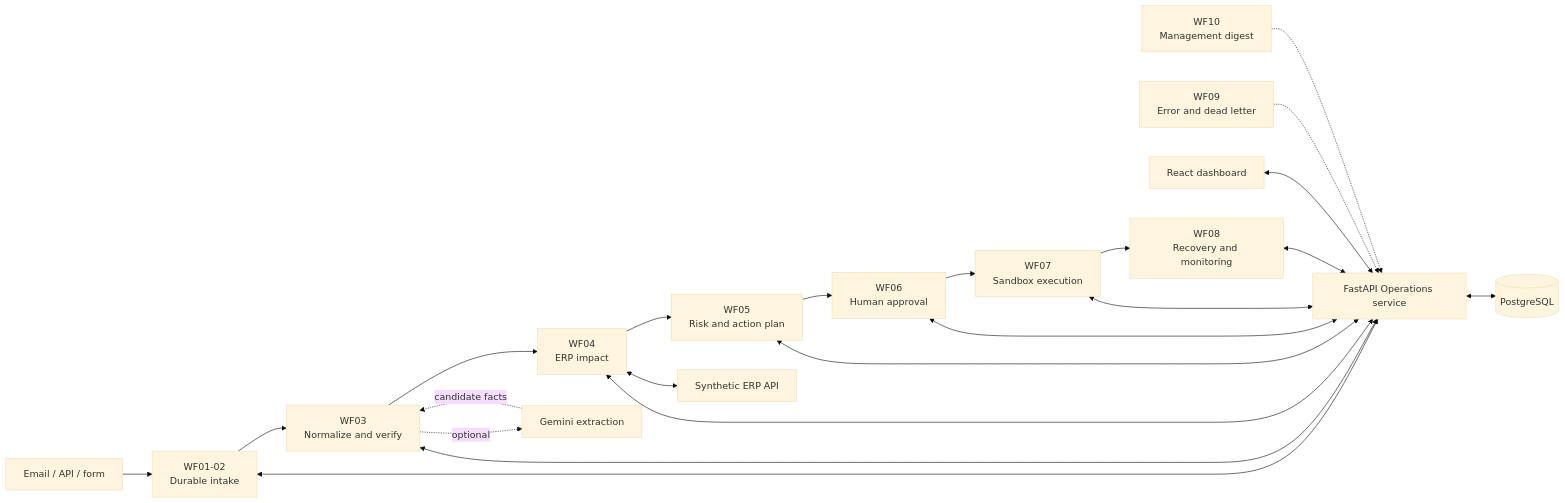
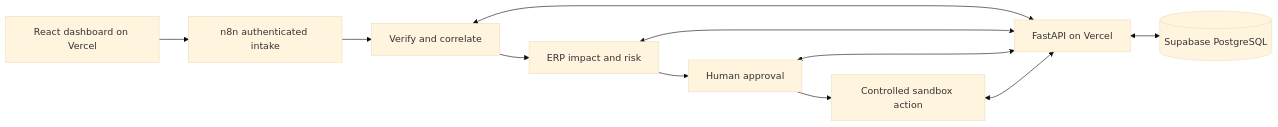
One commit to Mvstnz/ai-production-incident-control changed the diagram in README.md. Above: the diagram before and after it, drawn with Mermaid (base theme). The commit also changed other lines of this file and 208 other files, not shown here.

Commit message:
feat: publish clear manufacturing examples on Vercel and Supabase

````diff
--- a/README.md
+++ b/README.md
@@ -60,19 +21,10 @@
 ```mermaid
 flowchart LR
-    A[Email / API / form] --> B[WF01-02<br/>Durable intake]
-    B --> C[WF03<br/>Normalize and verify]
-    C --> D[WF04<br/>ERP impact]
-    D --> E[WF05<br/>Risk and action plan]
-    E --> F[WF06<br/>Human approval]
-    F --> G[WF07<br/>Sandbox execution]
-    G --> H[WF08<br/>Recovery and monitoring]
-
-    C -. optional .-> AI[Gemini extraction]
-    AI -. candidate facts .-> C
-    D <--> ERP[Synthetic ERP API]
-    B & C & D & E & F & G & H <--> OPS[FastAPI Operations service]
-    OPS <--> DB[(PostgreSQL)]
-    UI[React dashboard] <--> OPS
-    ERR[WF09<br/>Error and dead letter] -.-> OPS
-    DIGEST[WF10<br/>Management digest] -.-> OPS
+  UI[React dashboard on Vercel] --> Intake[n8n authenticated intake]
+  Intake --> Verify[Verify and correlate]
+  Verify --> Impact[ERP impact and risk]
+  Impact --> Approval[Human approval]
+  Approval --> Action[Controlled sandbox action]
+  Verify & Impact & Approval & Action <--> API[FastAPI on Vercel]
+  API <--> DB[(Supabase PostgreSQL)]
 ```
````
